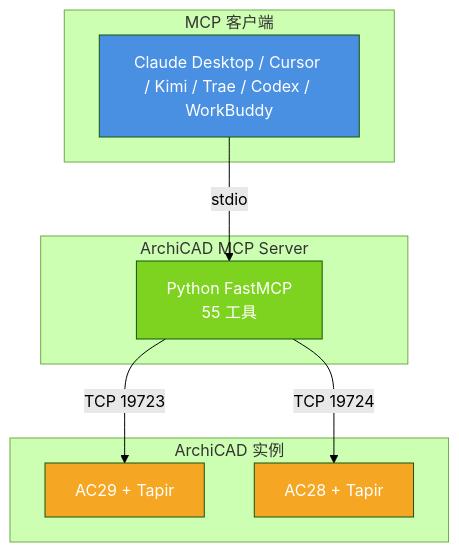
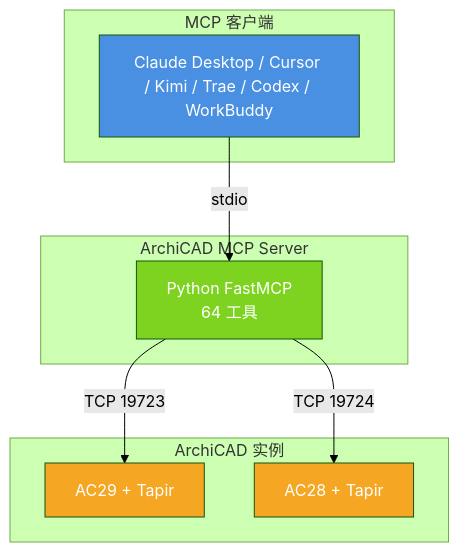
One commit to archilau0315/archilinkai changed the diagram in readme.md. Above: the diagram before and after it, drawn with Mermaid (forest theme). The commit also changed other lines of this file and 5 other files, not shown here.

````diff
--- a/readme.md
+++ b/readme.md
@@ -62,20 +62,20 @@
 ```mermaid
 flowchart TB
     subgraph Client["MCP 客户端"]
         C[Claude Desktop / Cursor / Kimi / Trae / Codex / WorkBuddy]
     end
     subgraph Server["ArchiCAD MCP Server"]
-        S[Python FastMCP<br/>55 工具]
+        S[Python FastMCP<br/>64 工具]
     end
     subgraph AC["ArchiCAD 实例"]
         A1[AC29 + Tapir]
         A2[AC28 + Tapir]
     end
     C -->|stdio| S
     S -->|TCP 19723| A1
     S -->|TCP 19724| A2
     style C fill:#4a90e2,color:#fff
     style S fill:#7ed321,color:#fff
     style A1 fill:#f5a623,color:#fff
     style A2 fill:#f5a623,color:#fff
 ```
````
